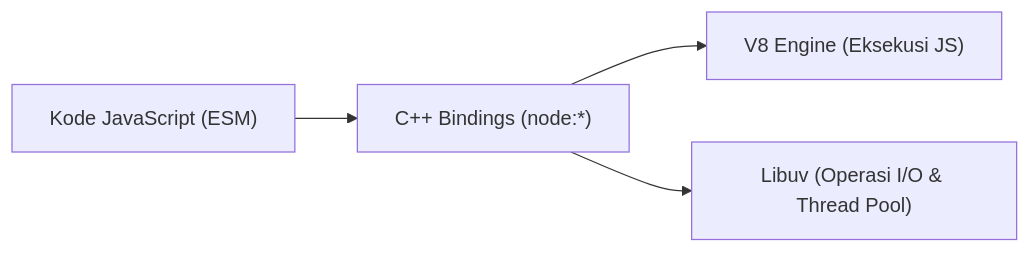
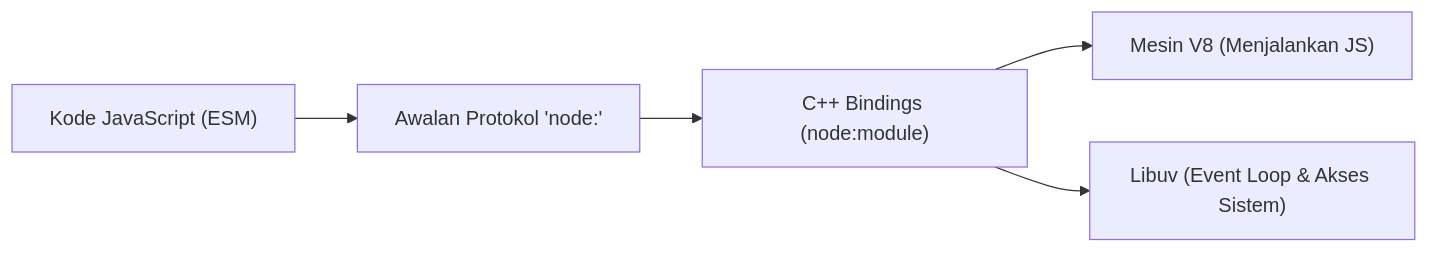
Before and after one commit to san4byte/nodejs-handbook: the diagram in 01-core-modules/01-standard-library/README.md, drawn with Mermaid. The commit also changed other lines of this file and 64 other files, not shown here.

````diff
--- a/01-core-modules/01-standard-library/README.md
+++ b/01-core-modules/01-standard-library/README.md
@@ -23,6 +25,7 @@
 ```mermaid
 flowchart LR
-    JS["Kode JavaScript (ESM)"] --> BINDING["C++ Bindings (node:*)"]
-    BINDING --> V8["V8 Engine (Eksekusi JS)"]
-    BINDING --> LIBUV["Libuv (Operasi I/O & Thread Pool)"]
+    JS["Kode JavaScript (ESM)"] --> PROTOCOL["Awalan Protokol 'node:'"]
+    PROTOCOL --> BINDING["C++ Bindings (node:module)"]
+    BINDING --> V8["Mesin V8 (Menjalankan JS)"]
+    BINDING --> LIBUV["Libuv (Event Loop & Akses Sistem)"]
 ```
````
